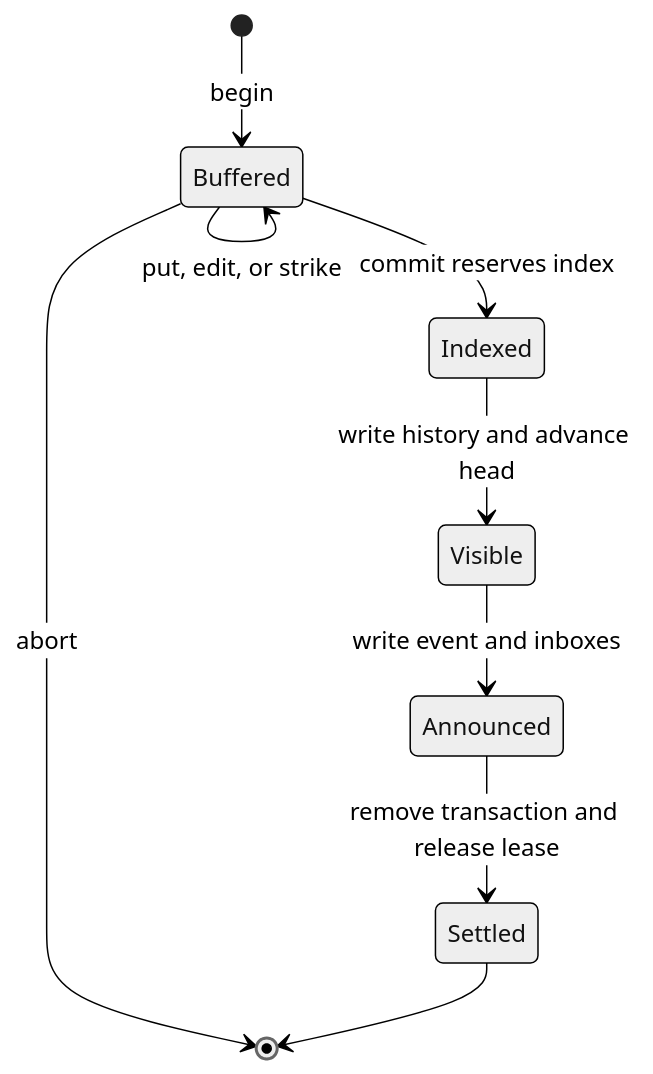
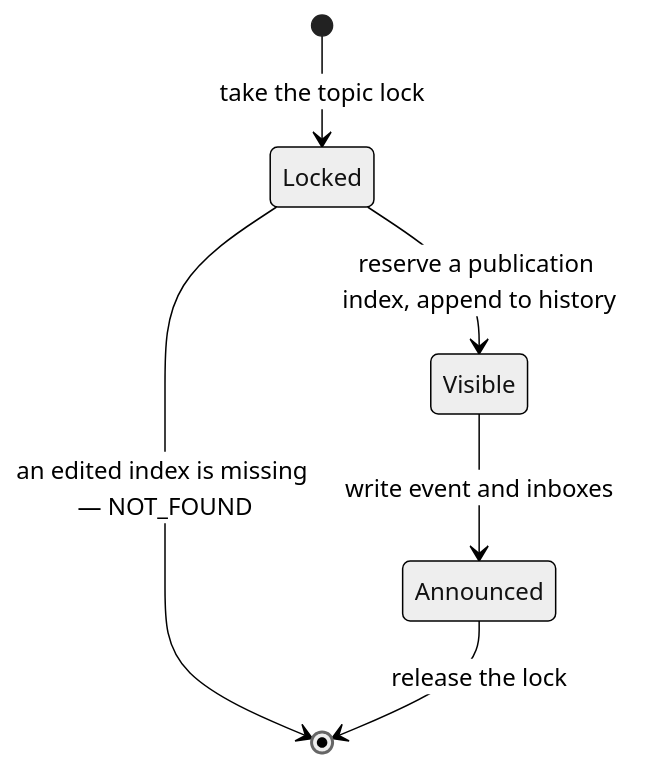
Before and after one commit to danlavee/Conductor: the diagram in docs/design/state-model.md, drawn with Mermaid (neutral theme). The commit also changed other lines of this file and 48 other files, not shown here.

First line of the commit message:
refactor!: publish under one topic file lock; drop redact and strike

````diff
--- a/docs/design/state-model.md
+++ b/docs/design/state-model.md
@@ -31,11 +31,8 @@
 ```mermaid
 stateDiagram-v2
-    [*] --> Buffered: begin
-    Buffered --> Buffered: put, edit, or strike
-    Buffered --> [*]: abort
-    Buffered --> Indexed: commit reserves index
-    Indexed --> Visible: write history and advance head
+    [*] --> Locked: take the topic lock
+    Locked --> [*]: an edited index is missing — NOT_FOUND
+    Locked --> Visible: reserve a publication index, append to history
     Visible --> Announced: write event and inboxes
-    Announced --> Settled: remove transaction and release lease
-    Settled --> [*]
+    Announced --> [*]: release the lock
 ```
````
